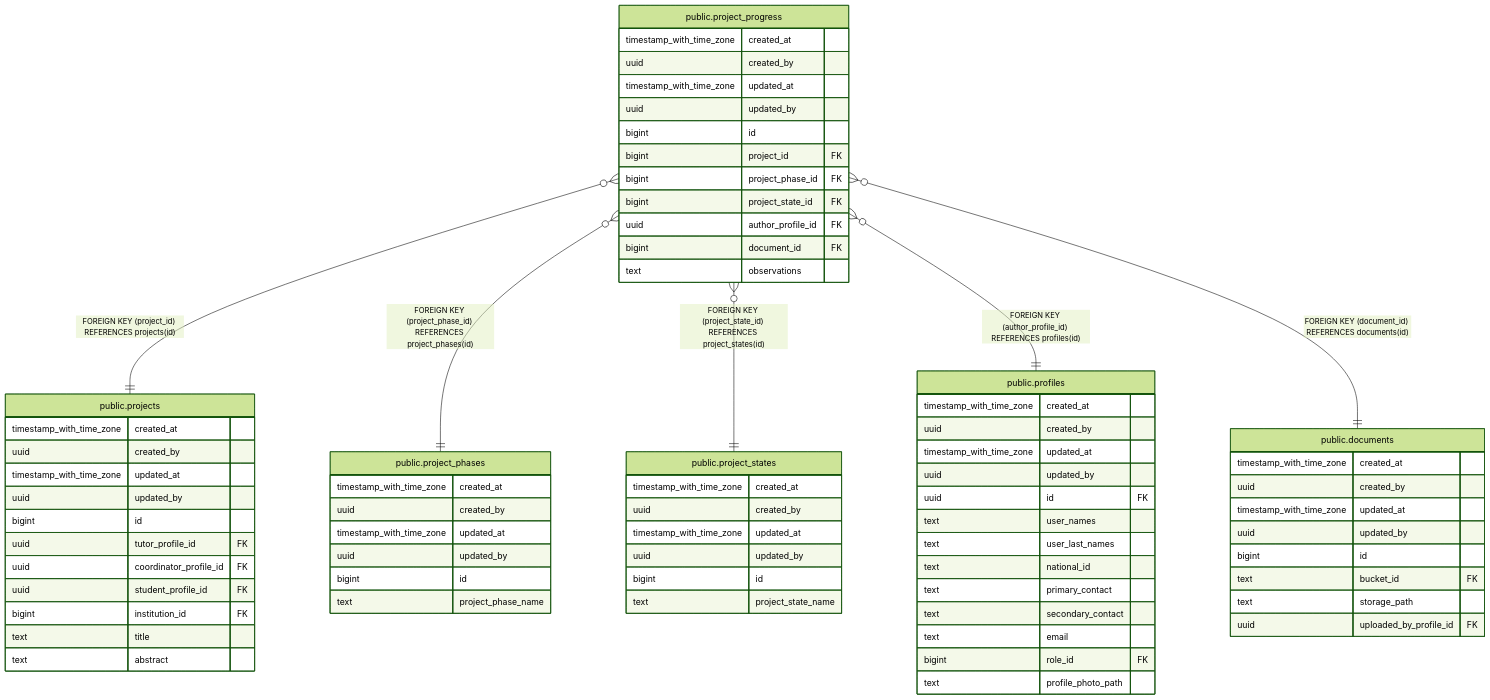
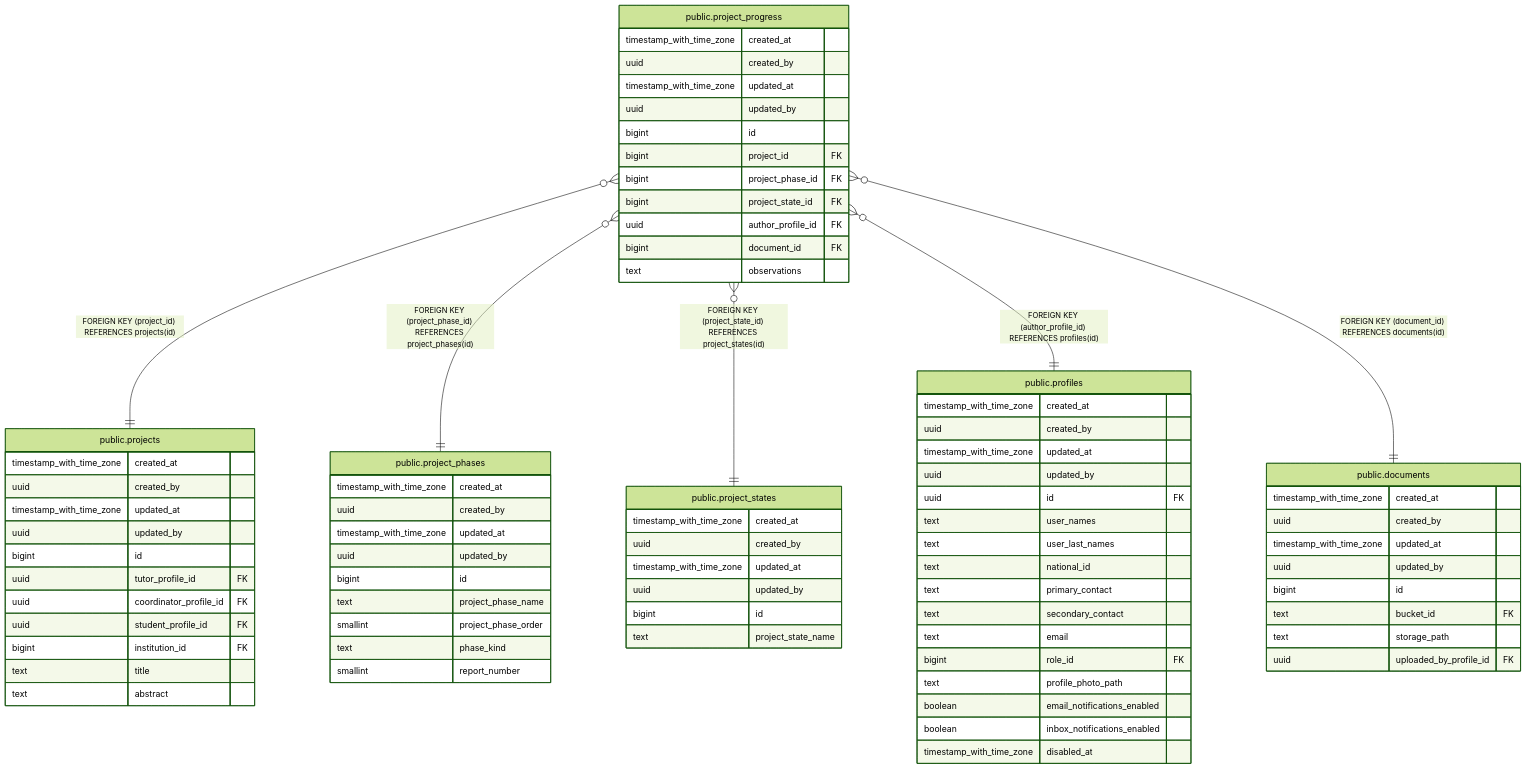
The diagram in docs/db/tbls/public.project_progress.md (icristianhernandez/academic-service-backend), drawn with Mermaid (forest theme) before and after one commit. The commit also changed other lines of this file and 27 other files, not shown here.

```diff
--- a/docs/db/tbls/public.project_progress.md
+++ b/docs/db/tbls/public.project_progress.md
@@ -86,6 +89,9 @@
   uuid updated_by ""
   bigint id ""
   text project_phase_name ""
+  smallint project_phase_order ""
+  text phase_kind ""
+  smallint report_number ""
 }
 "public.project_states" {
   timestamp_with_time_zone created_at ""
@@ -109,6 +115,9 @@
   text email ""
   bigint role_id FK ""
   text profile_photo_path ""
+  boolean email_notifications_enabled ""
+  boolean inbox_notifications_enabled ""
+  timestamp_with_time_zone disabled_at ""
 }
 "public.documents" {
   timestamp_with_time_zone created_at ""
```
